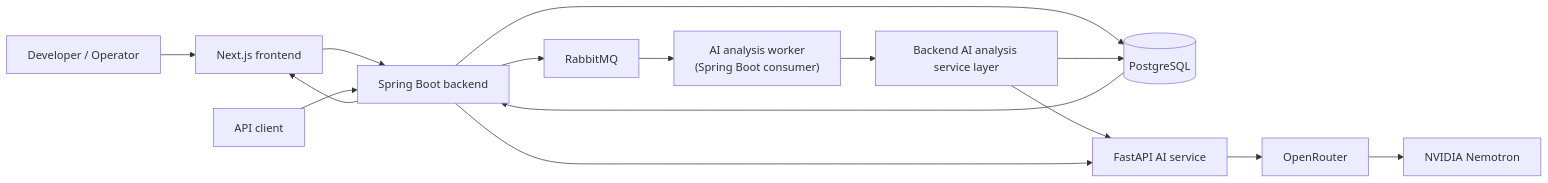
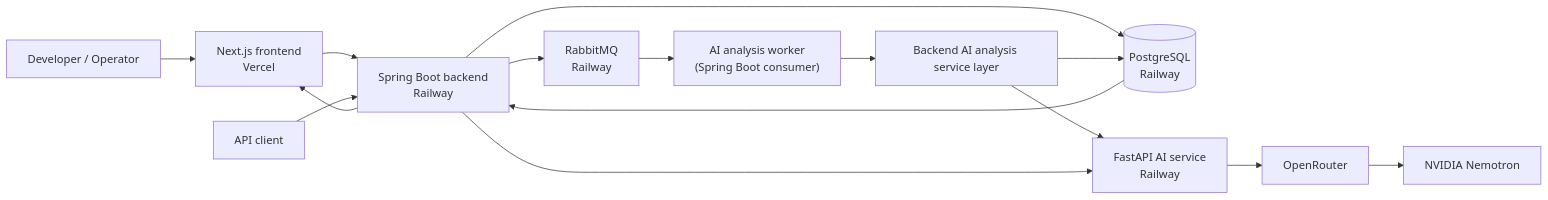
The first of 3 diagrams in docs/system-design.md (Yaswanth2120/deployguard-ai), drawn with Mermaid before and after one commit. The commit also changed other lines of this file and 3 other files, not shown here.

````diff
--- a/docs/system-design.md
+++ b/docs/system-design.md
@@ -7,19 +7,19 @@
 ```mermaid
 flowchart LR
-    user["Developer / Operator"] --> frontend["Next.js frontend"]
-    frontend --> backend["Spring Boot backend"]
+    user["Developer / Operator"] --> frontend["Next.js frontend<br/>Vercel"]
+    frontend --> backend["Spring Boot backend<br/>Railway"]
     apiClient["API client"] --> backend
 
-    backend --> db[("PostgreSQL")]
-    backend --> rabbit["RabbitMQ"]
+    backend --> db[("PostgreSQL<br/>Railway")]
+    backend --> rabbit["RabbitMQ<br/>Railway"]
     rabbit --> worker["AI analysis worker<br/>(Spring Boot consumer)"]
     worker --> backendService["Backend AI analysis service layer"]
     backendService --> db
-    backendService --> aiService["FastAPI AI service"]
+    backendService --> aiService["FastAPI AI service<br/>Railway"]
     backend --> aiService
     aiService --> openrouter["OpenRouter"]
     openrouter --> nemotron["NVIDIA Nemotron"]
 
     db --> backend
     backend --> frontend
 ```
````
